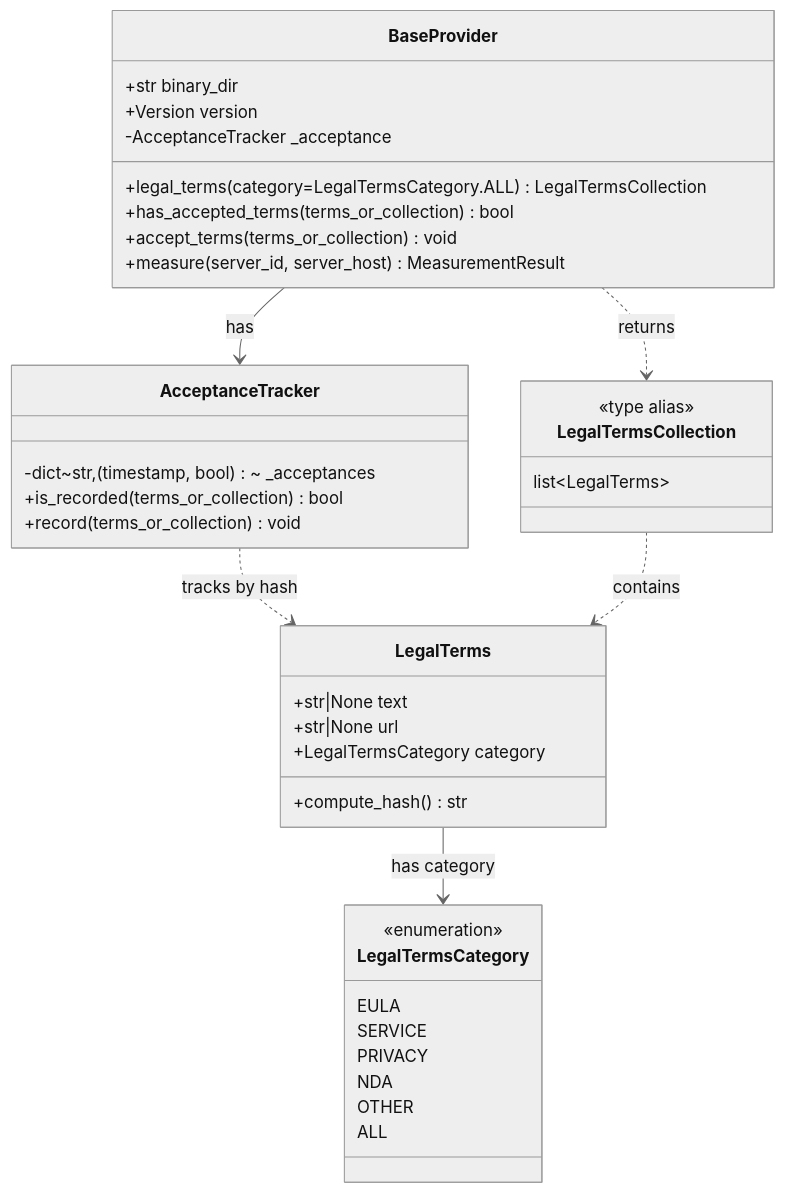
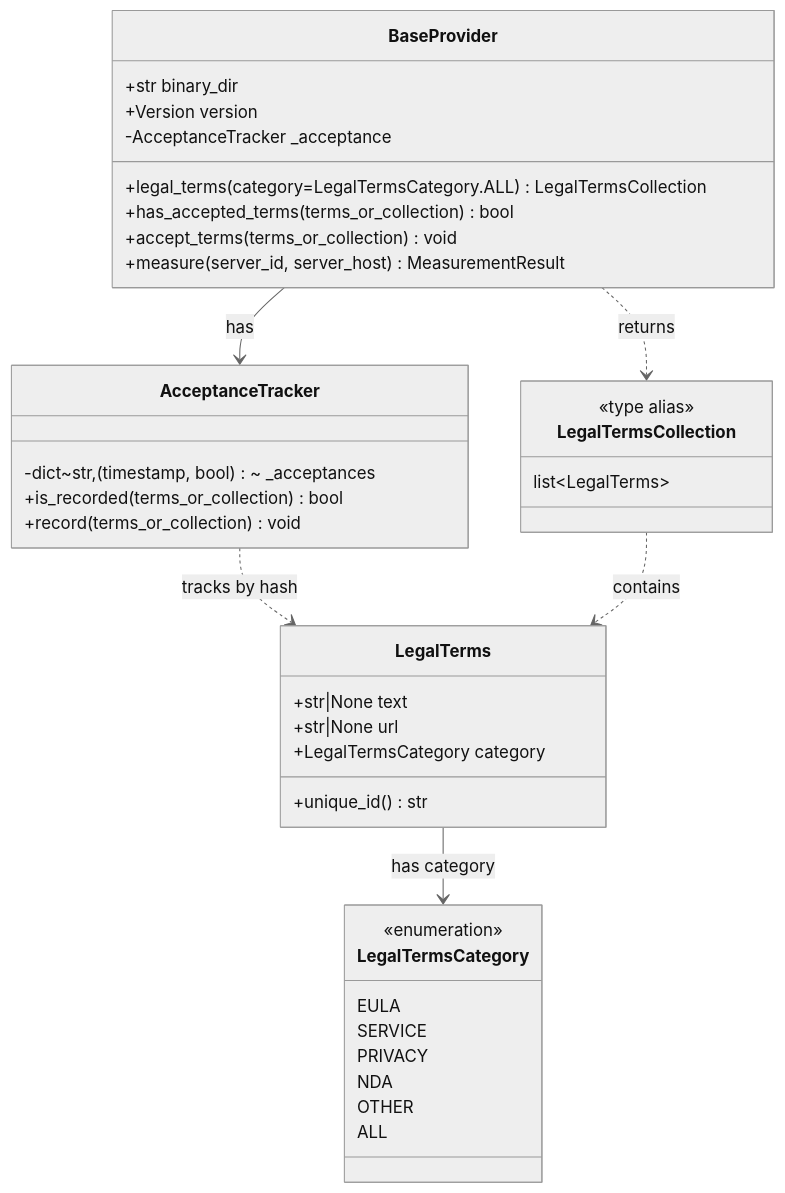
One commit to diablodale/netvelocimeter changed the second of 3 diagrams in docs/models.md. Above: the diagram before and after it, drawn with Mermaid (neutral theme). The commit also changed other lines of this file and 14 other files, not shown here.

````diff
--- a/docs/models.md
+++ b/docs/models.md
@@ -35,48 +35,48 @@
 ```mermaid
 
 classDiagram
     class LegalTerms {
         +str|None text
         +str|None url
         +LegalTermsCategory category
-        +compute_hash() str
+        +unique_id() str
     }
 
     class LegalTermsCategory {
         <<enumeration>>
         EULA
         SERVICE
         PRIVACY
         NDA
         OTHER
         ALL
     }
 
     class LegalTermsCollection {
         <<type alias>>
         list~LegalTerms~
     }
 
     class AcceptanceTracker {
         -dict~str, (timestamp, bool)~ _acceptances
         +is_recorded(terms_or_collection) bool
         +record(terms_or_collection) void
     }
 
     class BaseProvider {
         +str binary_dir
         +Version version
         -AcceptanceTracker _acceptance
         +legal_terms(category=LegalTermsCategory.ALL) LegalTermsCollection
         +has_accepted_terms(terms_or_collection) bool
         +accept_terms(terms_or_collection) void
         +measure(server_id, server_host) MeasurementResult
     }
 
     LegalTerms --> LegalTermsCategory : has category
     BaseProvider ..> LegalTermsCollection : returns
     BaseProvider --> AcceptanceTracker : has
     AcceptanceTracker ..> LegalTerms : tracks by hash
     LegalTermsCollection ..> LegalTerms : contains
 
 ```
````
